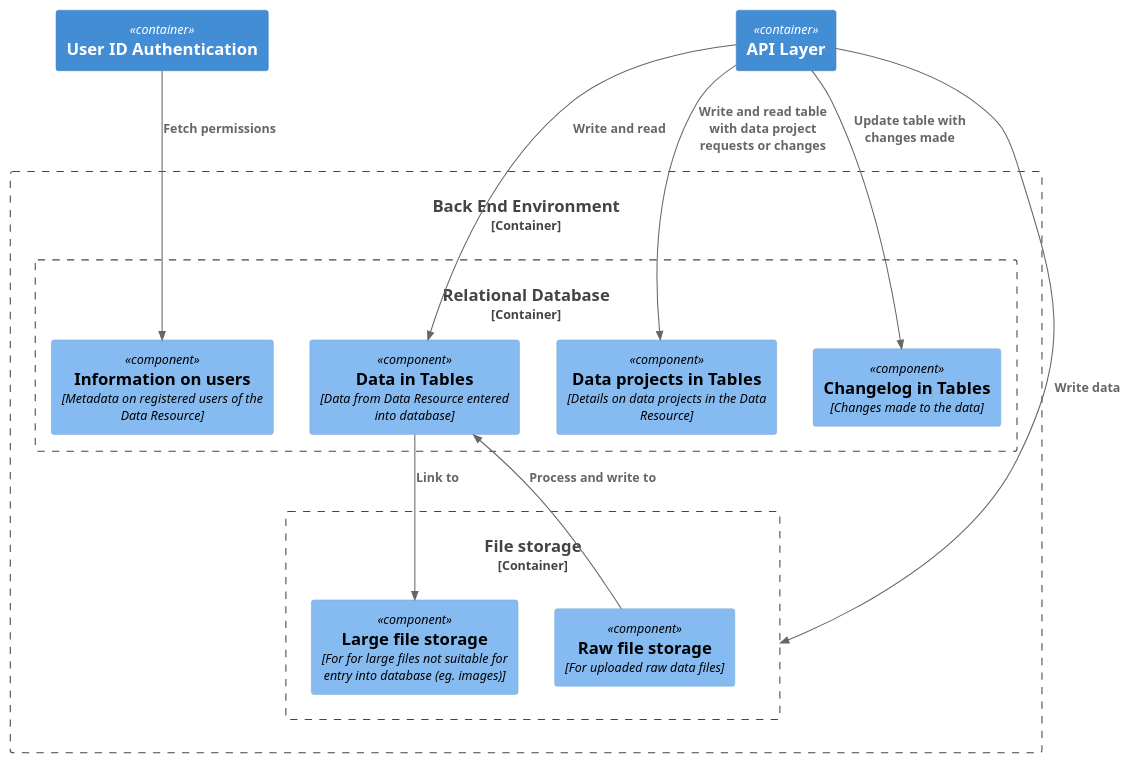
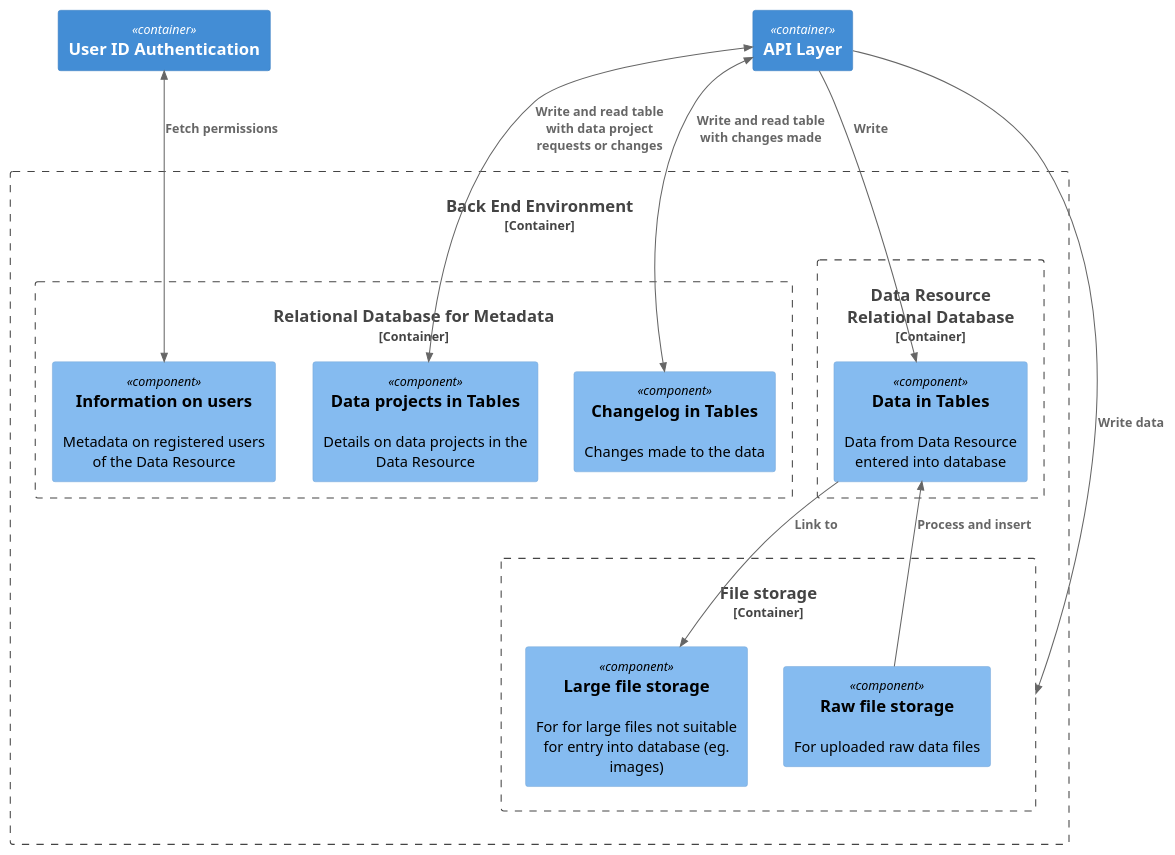
One commit to seedcase-project/seedcase-website changed the diagram in design/images/component-backend.puml. Above: the diagram before and after it, drawn with PlantUML.

Commit message:
update backend component diagram

```diff
--- a/design/images/component-backend.puml
+++ b/design/images/component-backend.puml
@@ -1,40 +1,45 @@
-@startuml
-!includeurl https://raw.githubusercontent.com/RicardoNiepel/C4-PlantUML/master/C4_Component.puml
+@startuml c4-component-backend
+!include  https://raw.githubusercontent.com/plantuml-stdlib/C4-PlantUML/master/C4_Component.puml
 
 ' Component diagram for The Seedcase product - Backend: File Storage
 
 Container(uia, "User ID Authentication")
 Container(api, "API Layer")
 
 Container_Boundary(bee, "Back End Environment") {
-  Container_Boundary(rdb, "Relational Database") {
-    Component(dt, "Data in Tables", "Data from Data Resource entered into database")
-    Component(data_projects, "Data projects in Tables", "Details on data projects in the Data Resource")
-    Component(changelog, "Changelog in Tables", "Changes made to the data")
-    Component(user_info, "Information on users", "Metadata on registered users of the Data Resource")
+  Container_Boundary(rdb_metadata, "Relational Database for Metadata") {
+    Component(data_projects, "Data projects in Tables", $descr="Details on data projects in the Data Resource")
+    Component(changelog, "Changelog in Tables", $descr="Changes made to the data")
+    Component(user_info, "Information on users", $descr="Metadata on registered users of the Data Resource")
     ' TODO: Not sure what to do about these.
     ' Component(data_dictionary, "Resource data dictionary", "the data dictionary unique to the data Resource")
     ' Component(cdm_data, "Common Data Models", "pre-loaded data dictionaries from common data models")
   }
+  Container_Boundary(rdb_data, "Data Resource\nRelational Database") {
+    Component(dt, "Data in Tables", $descr="Data from Data Resource entered into database")
+    ' TODO: Not sure what to do about these.
+    ' Component(data_dictionary, "Resource data dictionary", "the data dictionary unique to the data Resource")
+    ' Component(cdm_data, "Common Data Models", "pre-loaded data dictionaries from common data models")
+    ' Component(schema, "Schema Metadata", "Schema data pre-loaded?")
+  }
   Container_Boundary(fs, "File storage") {
-    Component(raw_file, "Raw file storage", "For uploaded raw data files")
-    Component(large_file, "Large file storage", "For for large files not suitable for entry into database (eg. images)")
+    Component(raw_file, "Raw file storage", $descr="For uploaded raw data files")
+    Component(large_file, "Large file storage", $descr="For for large files not suitable for entry into database (eg. images)")
   }
 }
 
 Rel(api, fs, "Write data")
 
-Rel(api, dt, "Write and read")
-Rel(api, changelog, "Update table with changes made")
-Rel(api, data_projects, "Write and read table with data project requests or changes")
+Rel(api, dt, "Write")
+BiRel(api, changelog, "Write and read table with changes made")
+BiRel(api, data_projects, "Write and read table with data project requests or changes")
 
-Rel(raw_file, dt, "Process and write to")
+Rel(raw_file, dt, "Process and insert")
 Rel(dt, large_file, "Link to")
 
-Rel(uia, user_info, "Fetch permissions")
+BiRel(uia, user_info, "Fetch permissions")
 
 ' TODO: Not sure what to do about these yet.
 ' Rel(api, data_dictionary, "reads data from")
 ' Rel(data_dictionary, cdm_data, "may copy data from")
-
 @enduml
```
